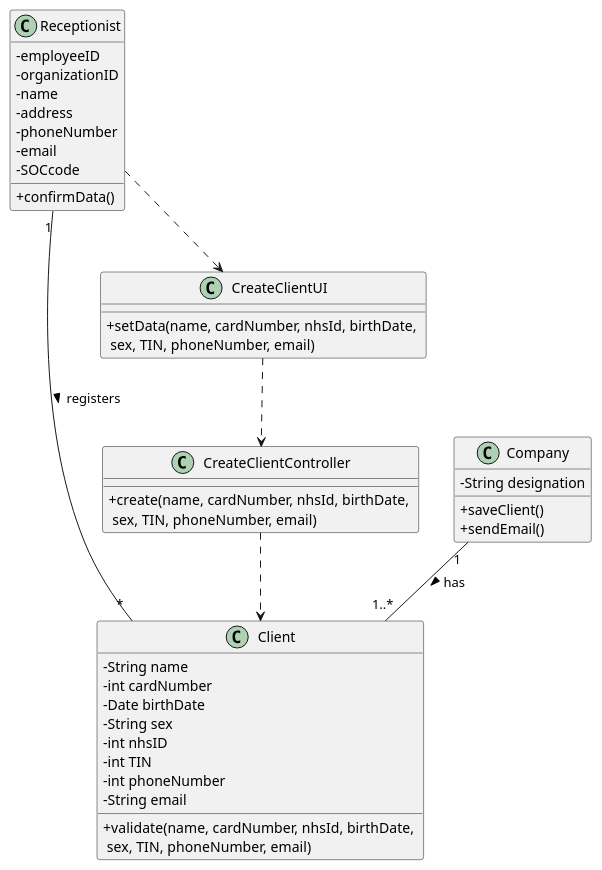
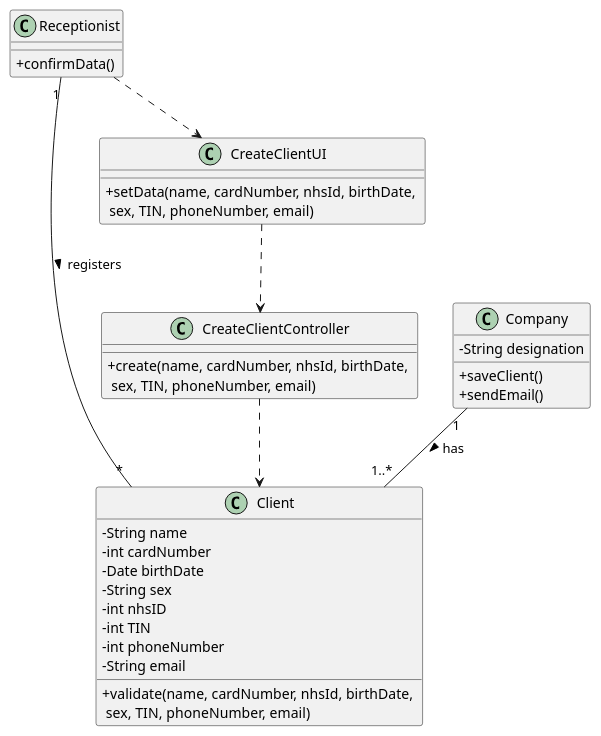
The diagram in docs/SprintB/US3/US3_CD.puml (MadDinosaur/ISEP-LAPR2), drawn with PlantUML before and after one commit. The commit also changed 2 other files, not shown here.

```diff
--- a/docs/SprintB/US3/US3_CD.puml
+++ b/docs/SprintB/US3/US3_CD.puml
@@ -1,46 +1,39 @@
 @startuml
 
 skinparam classAttributeIconSize 0
 
 class Client {
 -String name
 -int cardNumber
 -Date birthDate
 -String sex
 -int nhsID
 -int TIN
 -int phoneNumber
 -String email
 +validate(name, cardNumber, nhsId, birthDate, \n sex, TIN, phoneNumber, email)
 }
 class Receptionist {
--employeeID
--organizationID
--name
--address
--phoneNumber
--email
--SOCcode
 +confirmData()
 }
 class Company{
 -String designation
 +saveClient()
 +sendEmail()
 }
 class CreateClientUI{
 +setData(name, cardNumber, nhsId, birthDate, \n sex, TIN, phoneNumber, email)
 }
 class CreateClientController{
 +create(name, cardNumber, nhsId, birthDate, \n sex, TIN, phoneNumber, email)
 }
 
 Receptionist ..> CreateClientUI
 CreateClientUI ..> CreateClientController
 CreateClientController ..> Client
 Receptionist "1"--"*" Client : registers >
 Company "1"--"1..*" Client : has >
 
 
 
 @enduml
```
